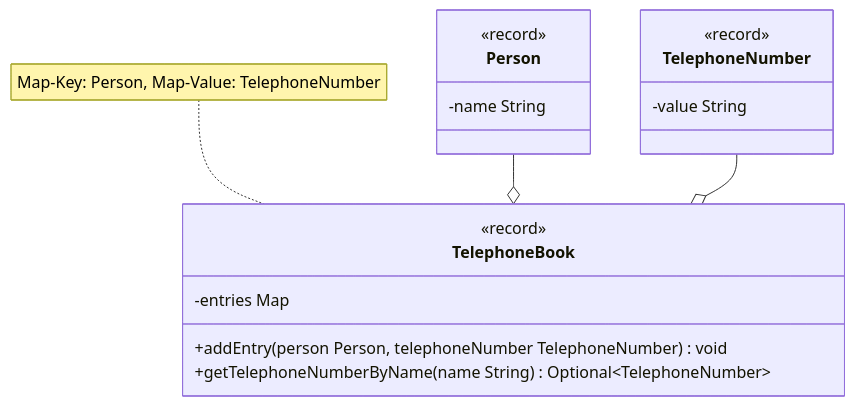
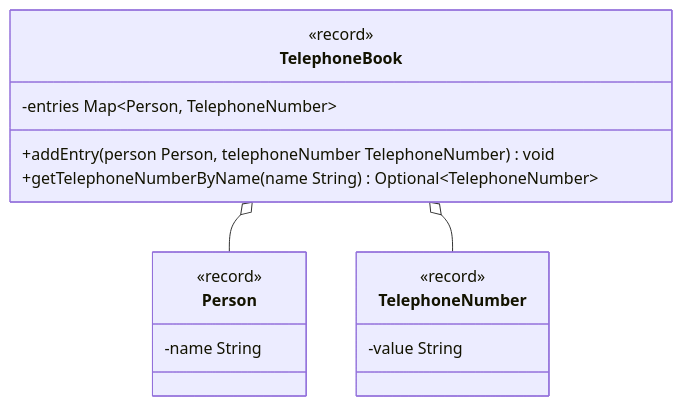
Before and after one commit to jappuccini/java-docs: the diagram in docs/exercises/optionals/optionals02.md, drawn with Mermaid.

````diff
--- a/docs/exercises/optionals/optionals02.md
+++ b/docs/exercises/optionals/optionals02.md
@@ -10,24 +10,22 @@
 ```mermaid
 classDiagram
-    Person --o TelephoneBook
-    TelephoneNumber --o TelephoneBook
-
-    note for TelephoneBook "Map-Key: Person, Map-Value: TelephoneNumber"
+    TelephoneBook o-- Person
+    TelephoneBook o-- TelephoneNumber
 
     class Person {
         <<record>>
         -name String
     }
 
     class TelephoneNumber {
         <<record>>
         -value String
     }
 
     class TelephoneBook {
         <<record>>
-        -entries Map
+        -entries Map~Person&#44&#160TelephoneNumber~
         +addEntry(person Person, telephoneNumber TelephoneNumber) void
         +getTelephoneNumberByName(name String) Optional~TelephoneNumber~
     }
 ```
````
